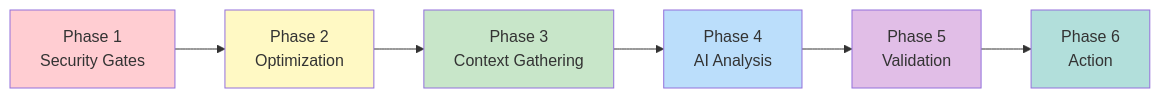
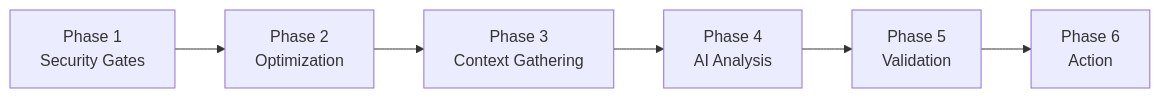
Before and after one commit to karanam61/LLM-watchdog-prototype: the fourth of 6 diagrams in docs/ARCHITECTURE_DIAGRAM.md, drawn with Mermaid. The commit also changed other lines of this file and 56 other files, not shown here.

````diff
--- a/docs/ARCHITECTURE_DIAGRAM.md
+++ b/docs/ARCHITECTURE_DIAGRAM.md
@@ -190,15 +72,8 @@
 ```mermaid
 flowchart LR
     P1[Phase 1<br/>Security Gates] --> P2[Phase 2<br/>Optimization]
     P2 --> P3[Phase 3<br/>Context Gathering]
     P3 --> P4[Phase 4<br/>AI Analysis]
     P4 --> P5[Phase 5<br/>Validation]
     P5 --> P6[Phase 6<br/>Action]
-    
-    style P1 fill:#ffcdd2
-    style P2 fill:#fff9c4
-    style P3 fill:#c8e6c9
-    style P4 fill:#bbdefb
-    style P5 fill:#e1bee7
-    style P6 fill:#b2dfdb
 ```
````
